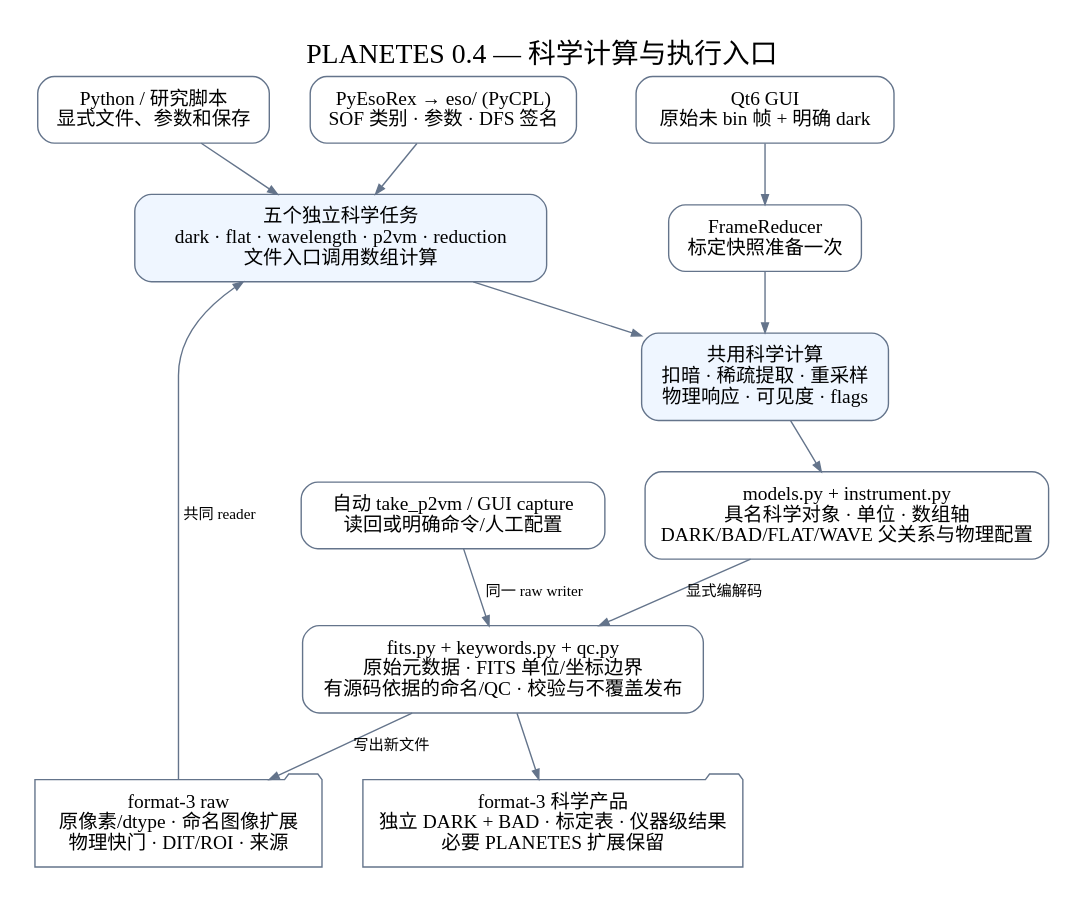
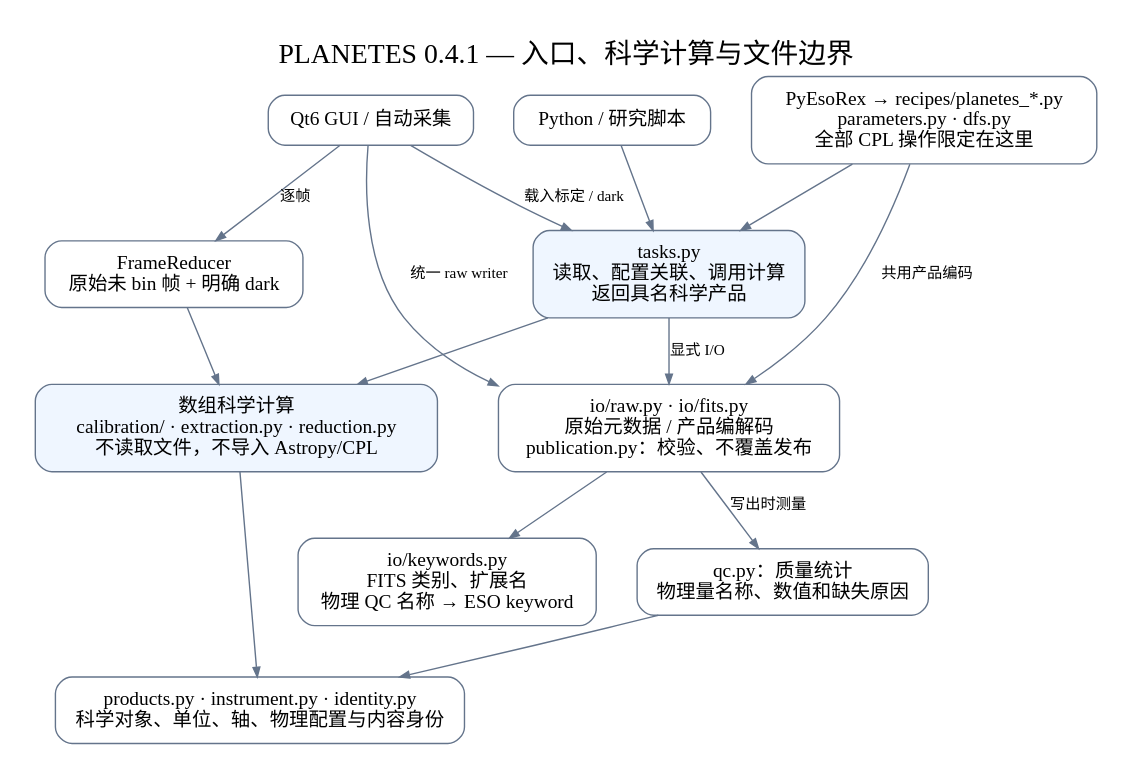
One commit to zexwu/planetes_pipe changed the diagram in docs/architecture.dot. Above: the diagram before and after it, drawn with Graphviz. The commit also changed 51 other files, not shown here.

Commit message:
Separate scientific calculations, FITS I/O and CPL recipes

```diff
--- a/docs/architecture.dot
+++ b/docs/architecture.dot
@@ -1,25 +1,28 @@
 digraph Architecture {
-  graph [rankdir=TB, bgcolor="white", pad=0.25, nodesep=0.4, ranksep=0.5, fontname="PingFang SC", fontsize=20, label="PLANETES 0.4 — 科学计算与执行入口", labelloc=t];
+  graph [rankdir=TB, bgcolor="white", pad=0.25, nodesep=0.4, ranksep=0.5, fontname="PingFang SC", fontsize=20, label="PLANETES 0.4.1 — 入口、科学计算与文件边界", labelloc=t];
   node [shape=box, style="rounded", fontname="PingFang SC", fontsize=14, color="#64748b", margin="0.16,0.12"];
   edge [fontname="PingFang SC", fontsize=11, color="#64748b", arrowsize=0.7];
-  python [label="Python / 研究脚本\n显式文件、参数和保存"];
-  eso [label="PyEsoRex → eso/ (PyCPL)\nSOF 类别 · 参数 · DFS 签名"];
-  gui [label="Qt6 GUI\n原始未 bin 帧 + 明确 dark"];
-  tasks [label="五个独立科学任务\ndark · flat · wavelength · p2vm · reduction\n文件入口调用数组计算", style="rounded,filled", fillcolor="#eff6ff"];
-  live [label="FrameReducer\n标定快照准备一次"];
-  kernels [label="共用科学计算\n扣暗 · 稀疏提取 · 重采样\n物理响应 · 可见度 · flags", style="rounded,filled", fillcolor="#eff6ff"];
-  models [label="models.py + instrument.py\n具名科学对象 · 单位 · 数组轴\nDARK/BAD/FLAT/WAVE 父关系与物理配置"];
-  fits [label="fits.py + keywords.py + qc.py\n原始元数据 · FITS 单位/坐标边界\n有源码依据的命名/QC · 校验与不覆盖发布"];
-  acquisition [label="自动 take_p2vm / GUI capture\n读回或明确命令/人工配置"];
-  raw [label="format-3 raw\n原像素/dtype · 命名图像扩展\n物理快门 · DIT/ROI · 来源", shape=folder];
-  disk [label="format-3 科学产品\n独立 DARK + BAD · 标定表 · 仪器级结果\n必要 PLANETES 扩展保留", shape=folder];
-  {rank=same; python; eso; gui;}
-  python -> tasks; eso -> tasks; gui -> live;
-  tasks -> kernels; live -> kernels;
-  kernels -> models;
-  models -> fits [label="显式编解码"];
-  fits -> disk;
-  acquisition -> fits [label="同一 raw writer"];
-  fits -> raw [label="写出新文件"];
-  raw -> tasks [label="共同 reader"];
+  python [label="Python / 研究脚本"];
+  recipes [label="PyEsoRex → recipes/planetes_*.py\nparameters.py · dfs.py\n全部 CPL 操作限定在这里"];
+  gui [label="Qt6 GUI / 自动采集"];
+  tasks [label="tasks.py\n读取、配置关联、调用计算\n返回具名科学产品", style="rounded,filled", fillcolor="#eff6ff"];
+  science [label="数组科学计算\ncalibration/ · extraction.py · reduction.py\n不读取文件，不导入 Astropy/CPL", style="rounded,filled", fillcolor="#eff6ff"];
+  live [label="FrameReducer\n原始未 bin 帧 + 明确 dark"];
+  io [label="io/raw.py · io/fits.py\n原始元数据 / 产品编解码\npublication.py：校验、不覆盖发布"];
+  qc [label="qc.py：质量统计\n物理量名称、数值和缺失原因"];
+  keywords [label="io/keywords.py\nFITS 类别、扩展名\n物理 QC 名称 → ESO keyword"];
+  products [label="products.py · instrument.py · identity.py\n科学对象、单位、轴、物理配置与内容身份"];
+  {rank=same; python; recipes; gui;}
+  python -> tasks; recipes -> tasks;
+  gui -> tasks [label="载入标定 / dark"];
+  gui -> live [label="逐帧"];
+  tasks -> science;
+  tasks -> io [label="显式 I/O"];
+  recipes -> io [label="共用产品编码"];
+  gui -> io [label="统一 raw writer"];
+  live -> science;
+  io -> keywords;
+  io -> qc [label="写出时测量"];
+  science -> products;
+  qc -> products;
 }
```
